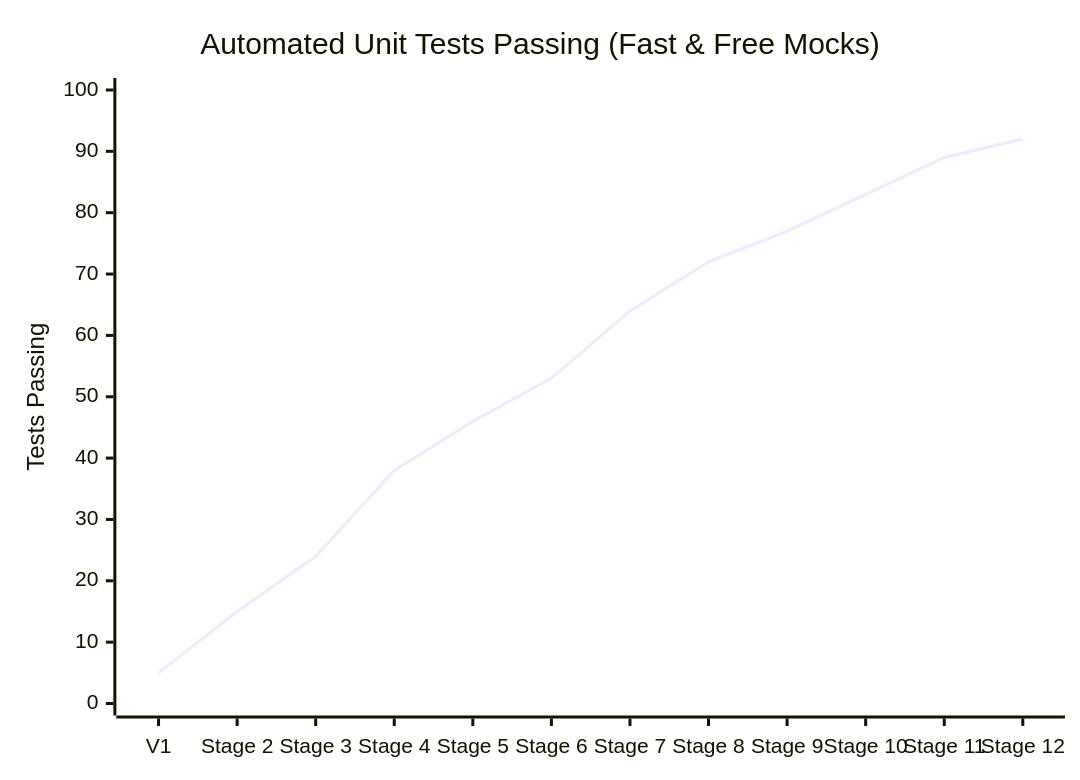
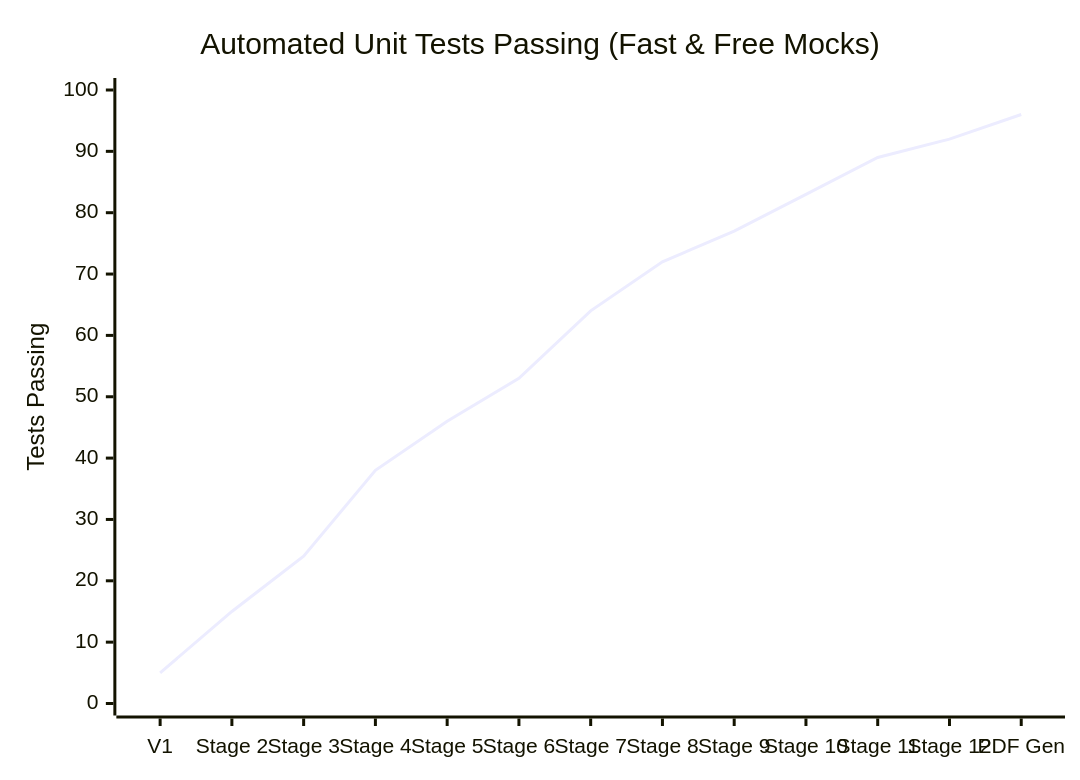
The second of 3 diagrams in METRICS.md (Rx4445/job-agent-), drawn with Mermaid before and after one commit. The commit also changed other lines of this file and 4 other files, not shown here.

````diff
--- a/METRICS.md
+++ b/METRICS.md
@@ -19,7 +19,7 @@
 ```mermaid
 xychart-beta
     title "Automated Unit Tests Passing (Fast & Free Mocks)"
-    x-axis ["V1", "Stage 2", "Stage 3", "Stage 4", "Stage 5", "Stage 6", "Stage 7", "Stage 8", "Stage 9", "Stage 10", "Stage 11", "Stage 12"]
+    x-axis ["V1", "Stage 2", "Stage 3", "Stage 4", "Stage 5", "Stage 6", "Stage 7", "Stage 8", "Stage 9", "Stage 10", "Stage 11", "Stage 12", "PDF Gen"]
     y-axis "Tests Passing" 0 --> 100
-    line [5, 15, 24, 38, 46, 53, 64, 72, 77, 83, 89, 92]
+    line [5, 15, 24, 38, 46, 53, 64, 72, 77, 83, 89, 92, 96]
 ```
````
